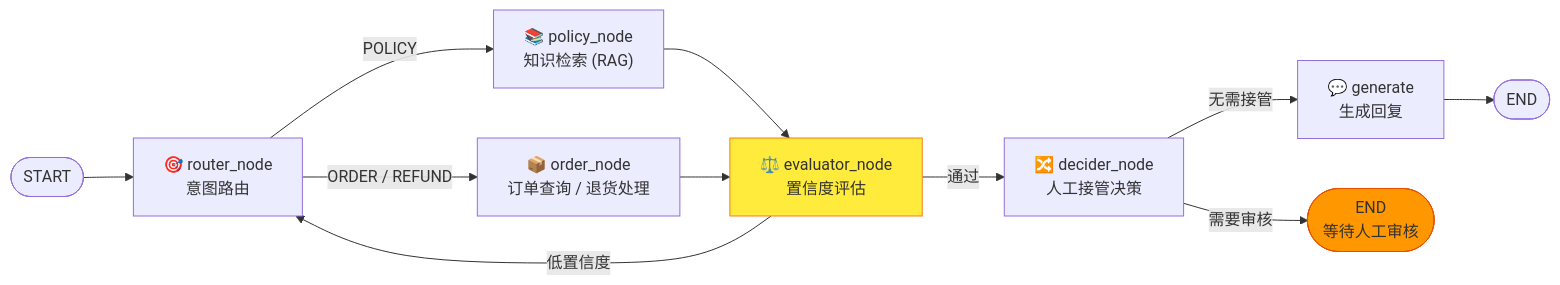
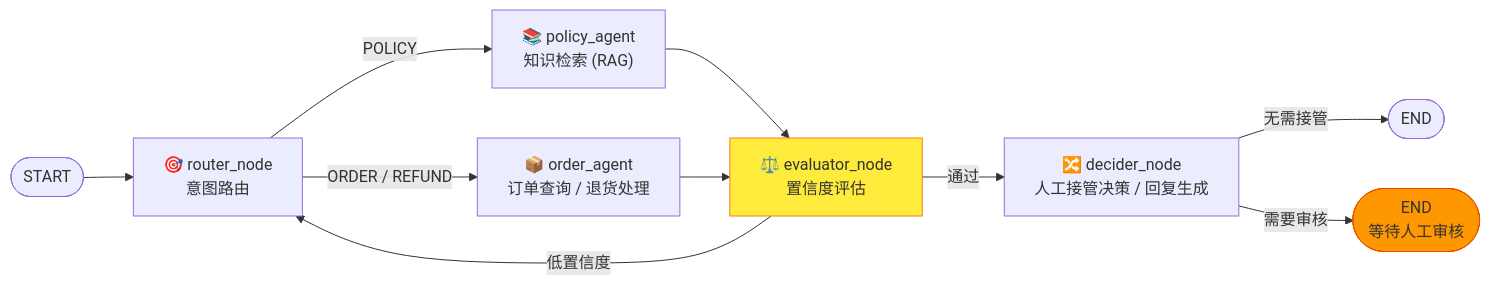
One commit to Mr-ZeLong/E-commerce-Smart-Agent changed the second of 8 diagrams in architecture.md. Above: the diagram before and after it, drawn with Mermaid. The commit also changed other lines of this file and 2 other files, not shown here.

Commit message:
docs: update README, architecture, and add AGENTS.md

````diff
--- a/architecture.md
+++ b/architecture.md
@@ -129,21 +125,19 @@
 ```mermaid
 flowchart LR
     START([START]) --> ROUTER["🎯 router_node<br/>意图路由"]
 
-    ROUTER -->|"POLICY"| POLICY["📚 policy_node<br/>知识检索 (RAG)"]
-    ROUTER -->|"ORDER / REFUND"| ORDER["📦 order_node<br/>订单查询 / 退货处理"]
+    ROUTER -->|"POLICY"| POLICY["📚 policy_agent<br/>知识检索 (RAG)"]
+    ROUTER -->|"ORDER / REFUND"| ORDER["📦 order_agent<br/>订单查询 / 退货处理"]
 
     POLICY --> EVAL["⚖️ evaluator_node<br/>置信度评估"]
     ORDER --> EVAL
 
     EVAL -->|"低置信度"| ROUTER
-    EVAL -->|"通过"| DECIDER["🔀 decider_node<br/>人工接管决策"]
+    EVAL -->|"通过"| DECIDER["🔀 decider_node<br/>人工接管决策 / 回复生成"]
 
-    DECIDER -->|"无需接管"| GENERATE["💬 generate<br/>生成回复"]
+    DECIDER -->|"无需接管"| END_NORMAL([END])
     DECIDER -->|"需要审核"| END_AUDIT([END<br/>等待人工审核])
-
-    GENERATE --> END_NORMAL([END])
 
     style EVAL fill:#ffeb3b,stroke:#f57f17
     style END_AUDIT fill:#ff9800,stroke:#e65100
 ```
````
